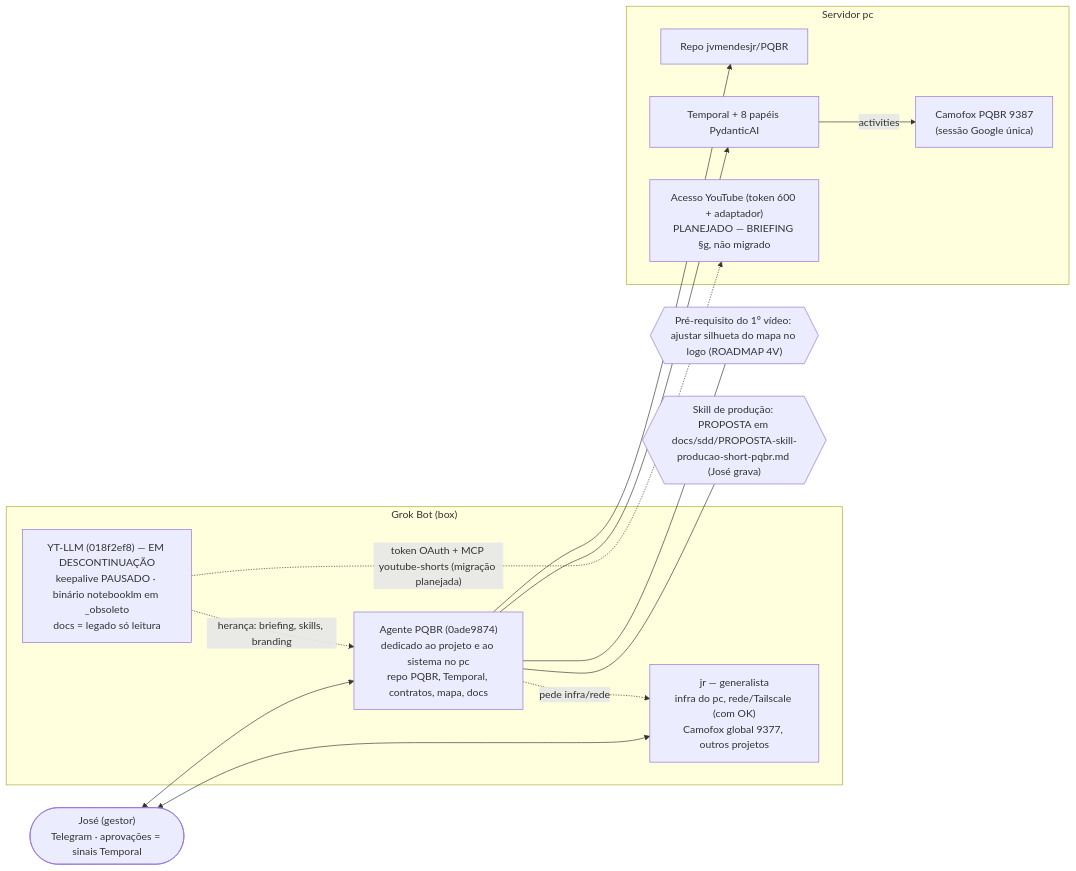
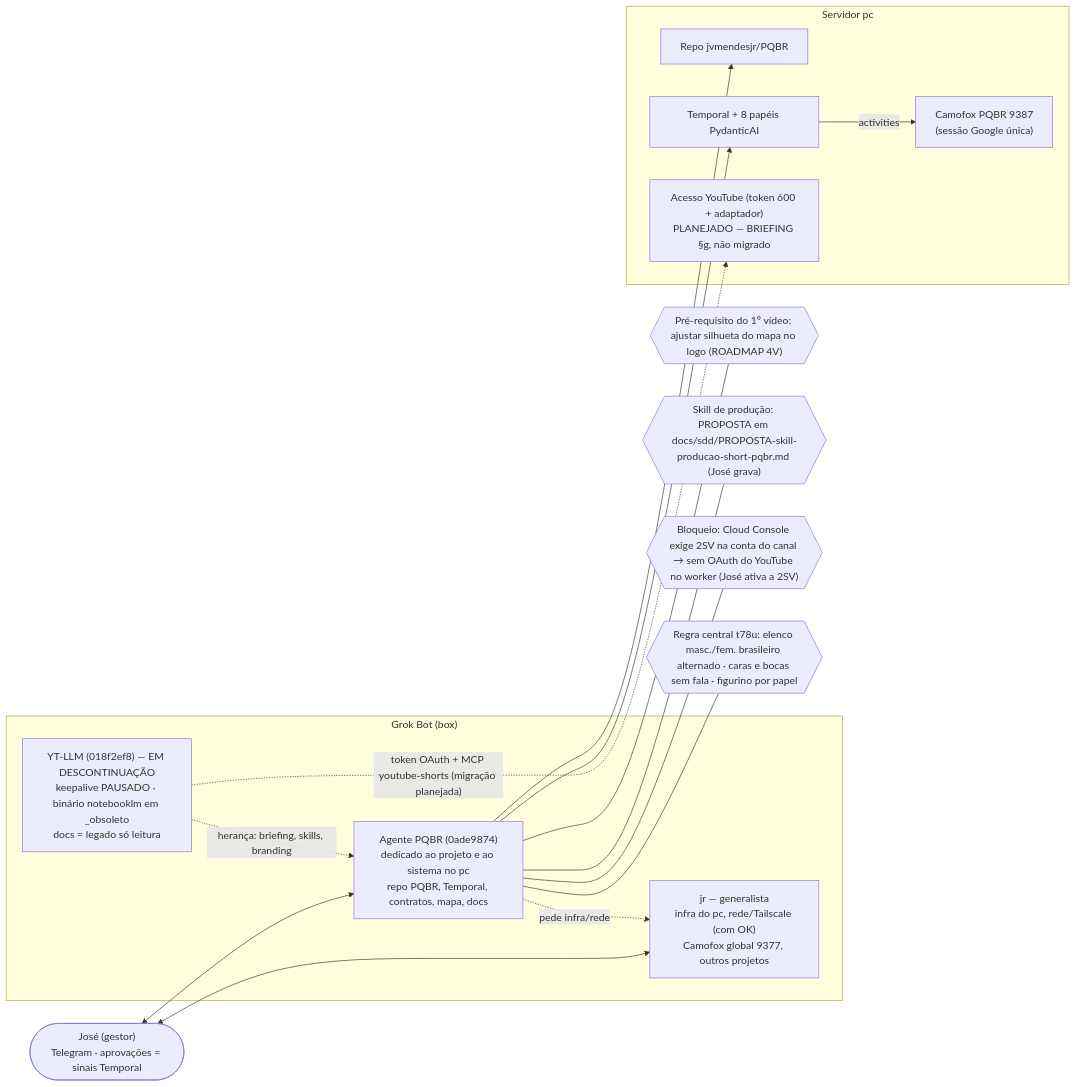
One commit to jvmendesjr/PQBR changed the diagram in docs/mapa/09-agentes-responsabilidades.mmd. Above: the diagram before and after it, drawn with Mermaid. The commit also changed 16 other files, not shown here.

```diff
--- a/docs/mapa/09-agentes-responsabilidades.mmd
+++ b/docs/mapa/09-agentes-responsabilidades.mmd
@@ -1,24 +1,28 @@
 %% Agentes e responsabilidades (t533–t535, José 24/10/2026). Decisão registrada; não é gerado do código.
 flowchart LR
   J(["José (gestor)<br/>Telegram · aprovações = sinais Temporal"])
   subgraph BOX["Grok Bot (box)"]
     JR["jr — generalista<br/>infra do pc, rede/Tailscale (com OK)<br/>Camofox global 9377, outros projetos"]
     AG["Agente PQBR (0ade9874)<br/>dedicado ao projeto e ao sistema no pc<br/>repo PQBR, Temporal, contratos, mapa, docs"]
     YT["YT-LLM (018f2ef8) — EM DESCONTINUAÇÃO<br/>keepalive PAUSADO · binário notebooklm em _obsoleto<br/>docs = legado só leitura"]
   end
   subgraph PC["Servidor pc"]
     REPO["Repo jvmendesjr/PQBR"]
     TMP["Temporal + 8 papéis PydanticAI"]
     CF["Camofox PQBR 9387<br/>(sessão Google única)"]
     YTA["Acesso YouTube (token 600 + adaptador)<br/>PLANEJADO — BRIEFING §g, não migrado"]
   end
   J <--> AG
   J <--> JR
   AG --> REPO & TMP
   TMP -->|activities| CF
   AG -. "pede infra/rede" .-> JR
   YT -. "herança: briefing, skills, branding" .-> AG
   YT -. "token OAuth + MCP youtube-shorts (migração planejada)" .-> YTA
   P1{{"Pré-requisito do 1º vídeo: ajustar silhueta do mapa no logo (ROADMAP 4V)"}}
   P2{{"Skill de produção: PROPOSTA em docs/sdd/PROPOSTA-skill-producao-short-pqbr.md (José grava)"}}
   AG --- P1 & P2
+  %% t73u–t78u (26/10/2026)
+  P3{{"Bloqueio: Cloud Console exige 2SV na conta do canal → sem OAuth do YouTube no worker (José ativa a 2SV)"}}
+  P4{{"Regra central t78u: elenco masc./fem. brasileiro alternado · caras e bocas sem fala · figurino por papel"}}
+  AG --- P3 & P4
```
